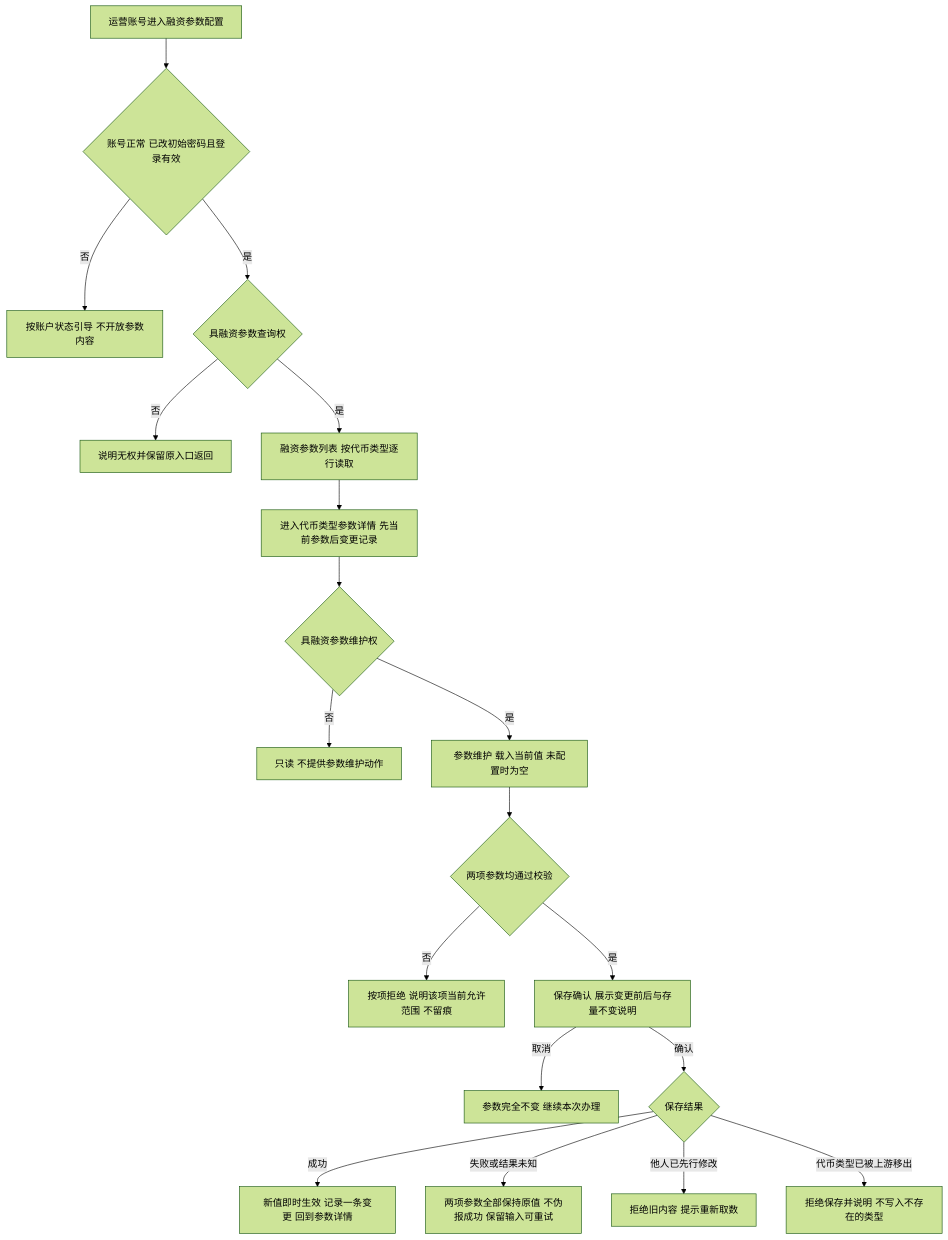
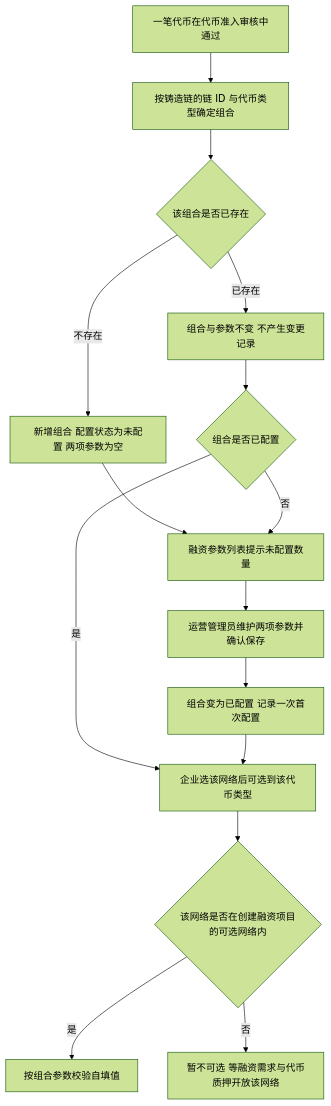
One commit to wxblockchain/Chain-Financing changed the first of 5 diagrams in lending-platform/PRD/运营端/02-运营端融资参数配置/02-运营端融资参数配置-流程图与状态机.md. Above: the diagram before and after it, drawn with Mermaid (forest theme). The commit also changed other lines of this file and 14 other files, not shown here.

````diff
--- a/lending-platform/PRD/运营端/02-运营端融资参数配置/02-运营端融资参数配置-流程图与状态机.md
+++ b/lending-platform/PRD/运营端/02-运营端融资参数配置/02-运营端融资参数配置-流程图与状态机.md
@@ -20,21 +18,17 @@
 ```mermaid
 flowchart TD
-    A[运营账号进入融资参数配置] --> B{账号正常 已改初始密码且登录有效}
-    B -->|否| C[按账户状态引导 不开放参数内容]
-    B -->|是| D{具融资参数查询权}
-    D -->|否| E[说明无权并保留原入口返回]
-    D -->|是| F[融资参数列表 按代币类型逐行读取]
-    F --> G[进入代币类型参数详情 先当前参数后变更记录]
-    G --> H{具融资参数维护权}
-    H -->|否| I[只读 不提供参数维护动作]
-    H -->|是| J[参数维护 载入当前值 未配置时为空]
-    J --> K{两项参数均通过校验}
-    K -->|否| L[按项拒绝 说明该项当前允许范围 不留痕]
-    K -->|是| M[保存确认 展示变更前后与存量不变说明]
-    M -->|取消| N[参数完全不变 继续本次办理]
-    M -->|确认| O{保存结果}
-    O -->|成功| P[新值即时生效 记录一条变更 回到参数详情]
-    O -->|失败或结果未知| Q[两项参数全部保持原值 不伪报成功 保留输入可重试]
-    O -->|他人已先行修改| R[拒绝旧内容 提示重新取数]
-    O -->|代币类型已被上游移出| S[拒绝保存并说明 不写入不存在的类型]
+    A[一笔代币在代币准入审核中通过] --> B[按铸造链的链 ID 与代币类型确定组合]
+    B --> C{该组合是否已存在}
+    C -->|已存在| D[组合与参数不变 不产生变更记录]
+    C -->|不存在| E[新增组合 配置状态为未配置 两项参数为空]
+    E --> F[融资参数列表提示未配置数量]
+    F --> G[运营管理员维护两项参数并确认保存]
+    G --> H[组合变为已配置 记录一次首次配置]
+    D --> I{组合是否已配置}
+    I -->|否| F
+    I -->|是| J[企业选该网络后可选到该代币类型]
+    H --> J
+    J --> K{该网络是否在创建融资项目的可选网络内}
+    K -->|是| L[按组合参数校验自填值]
+    K -->|否| M[暂不可选 等融资需求与代币质押开放该网络]
 ```
````
